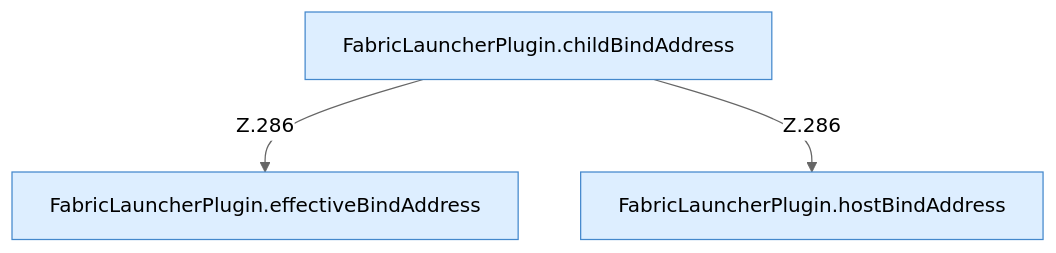
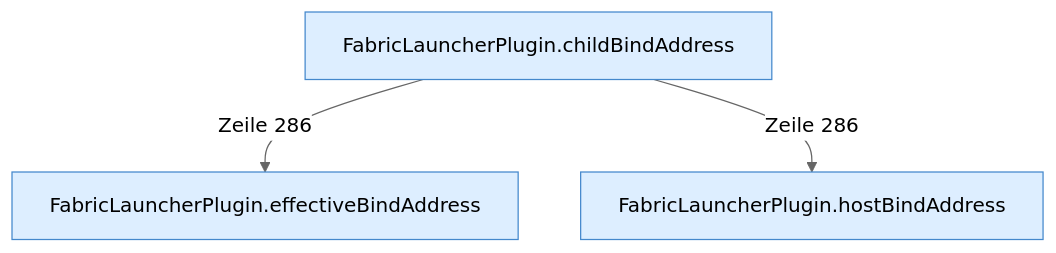
Before and after one commit to PrinceDiamant/minecraft-serverhoster-plugin: the diagram in Bind-Adresse.md, drawn with Mermaid (neutral theme). The commit also changed other lines of this file and 2005 other files, not shown here.

````diff
--- a/Bind-Adresse.md
+++ b/Bind-Adresse.md
@@ -5,10 +5,10 @@
 ```mermaid
 flowchart TD
   n1["FabricLauncherPlugin.hostBindAddress"]:::internal-link
   n2["FabricLauncherPlugin.effectiveBindAddress"]:::internal-link
   n3["FabricLauncherPlugin.childBindAddress"]:::internal-link
-  n3 -->|"Z.286"| n2
-  n3 -->|"Z.286"| n1
+  n3 -->|"Zeile 286"| n2
+  n3 -->|"Zeile 286"| n1
   classDef internal-link fill:#ddeeff,stroke:#4488cc
   classDef befund fill:#f88
 ```
````
